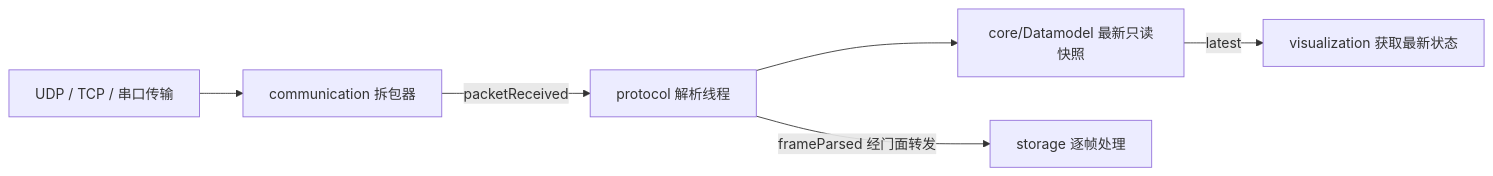
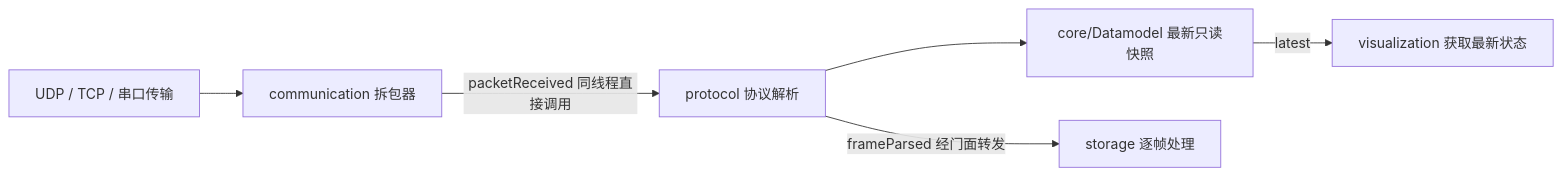
One commit to Swimers/FOSD changed the diagram in doc/protocol-integration.md. Above: the diagram before and after it, drawn with Mermaid. The commit also changed other lines of this file and 10 other files, not shown here.

````diff
--- a/doc/protocol-integration.md
+++ b/doc/protocol-integration.md
@@ -7,8 +7,8 @@
 ```mermaid
 flowchart LR
     T[UDP / TCP / 串口传输] --> D[communication 拆包器]
-    D -->|packetReceived| P[protocol 解析线程]
+    D -->|packetReceived 同线程直接调用| P[protocol 协议解析]
     P --> R[core/Datamodel 最新只读快照]
     P -->|frameParsed 经门面转发| S[storage 逐帧处理]
     R -->|latest| V[visualization 获取最新状态]
 ```
````
